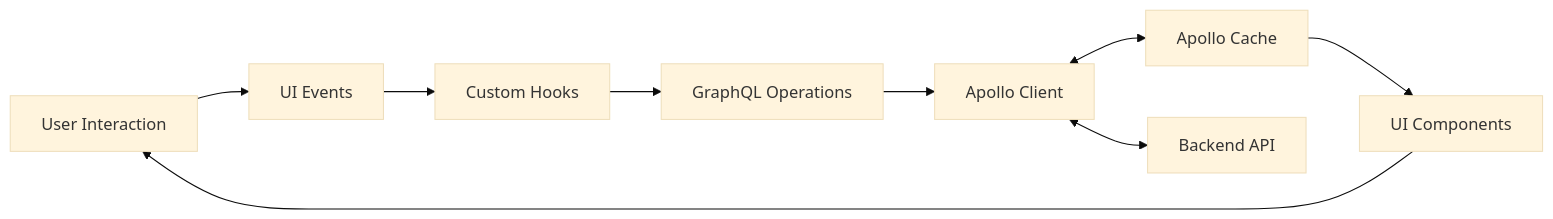
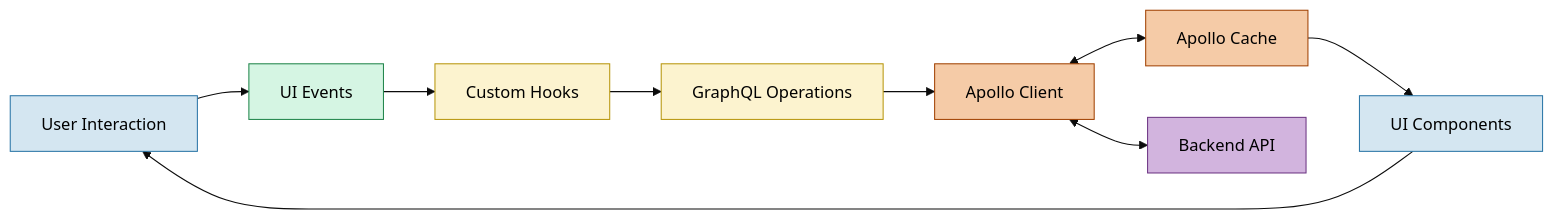
The second of 2 diagrams in docs/frontend/architecture.md (aniketdebnath/apollo-chat), drawn with Mermaid (base theme) before and after one commit. The commit also changed other lines of this file and 10 other files, not shown here.

Commit message:
inconsistency in diagrams fixed, updated with high contrast fill color suitable for github dark mode

````diff
--- a/docs/frontend/architecture.md
+++ b/docs/frontend/architecture.md
@@ -92,11 +91,23 @@
 ```mermaid
 graph LR
     User[User Interaction] --> UIEvents[UI Events]
     UIEvents --> Hooks[Custom Hooks]
     Hooks --> Operations[GraphQL Operations]
     Operations --> ApolloClient[Apollo Client]
     ApolloClient <--> Cache[Apollo Cache]
     ApolloClient <--> Backend[Backend API]
     Cache --> Components[UI Components]
     Components --> User
+
+    classDef user fill:#D4E6F1,stroke:#2874A6,stroke-width:1px,color:#000;
+    classDef events fill:#D5F5E3,stroke:#1E8449,stroke-width:1px,color:#000;
+    classDef logic fill:#FCF3CF,stroke:#B7950B,stroke-width:1px,color:#000;
+    classDef data fill:#F5CBA7,stroke:#A04000,stroke-width:1px,color:#000;
+    classDef api fill:#D2B4DE,stroke:#6C3483,stroke-width:1px,color:#000;
+
+    class User,Components user;
+    class UIEvents events;
+    class Hooks,Operations logic;
+    class ApolloClient,Cache data;
+    class Backend api;
 ```
````
